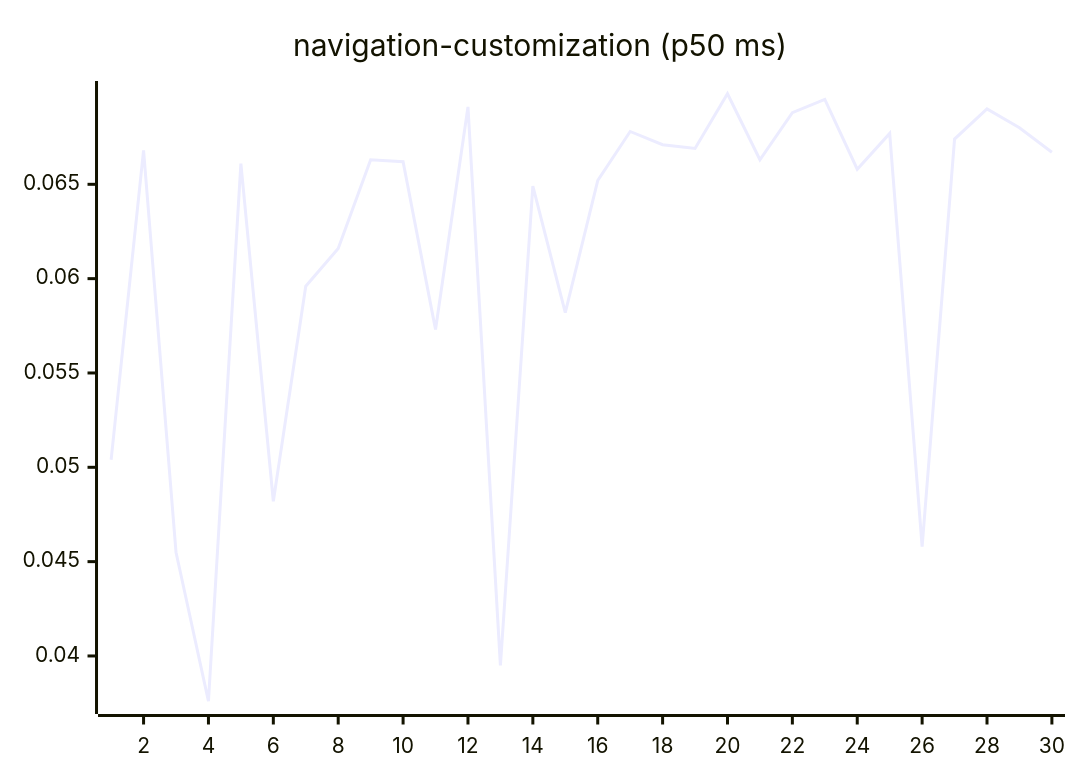
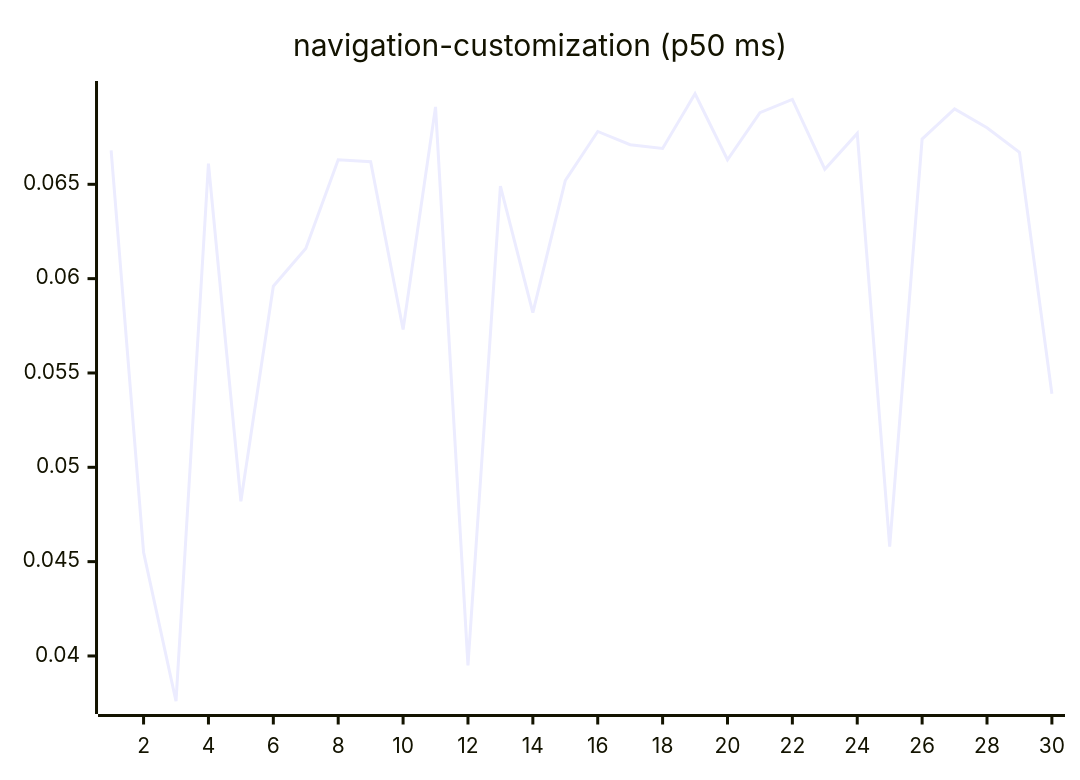
One commit to josha/Facet changed diagram 15 of 27 in README.md. Above: the diagram before and after it, drawn with Mermaid. The commit also changed other lines of this file and 2 other files, not shown here.

````diff
--- a/README.md
+++ b/README.md
@@ -161,6 +161,6 @@
 ```mermaid
 xychart-beta
     title "navigation-customization (p50 ms)"
     x-axis 1 --> 30
-    line [0.0504, 0.0668, 0.0455, 0.0376, 0.0661, 0.0482, 0.0596, 0.0616, 0.0663, 0.0662, 0.0573, 0.0691, 0.0395, 0.0649, 0.0582, 0.0652, 0.0678, 0.0671, 0.0669, 0.0698, 0.0663, 0.0688, 0.0695, 0.0658, 0.0677, 0.0458, 0.0674, 0.0690, 0.0680, 0.0667]
+    line [0.0668, 0.0455, 0.0376, 0.0661, 0.0482, 0.0596, 0.0616, 0.0663, 0.0662, 0.0573, 0.0691, 0.0395, 0.0649, 0.0582, 0.0652, 0.0678, 0.0671, 0.0669, 0.0698, 0.0663, 0.0688, 0.0695, 0.0658, 0.0677, 0.0458, 0.0674, 0.0690, 0.0680, 0.0667, 0.0539]
 ```
````
